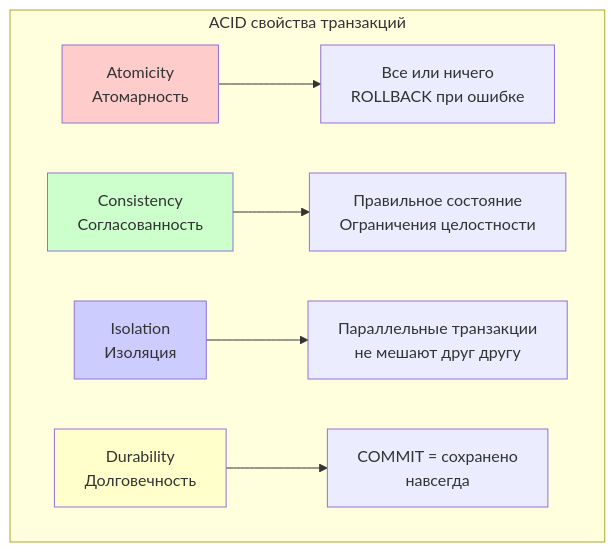
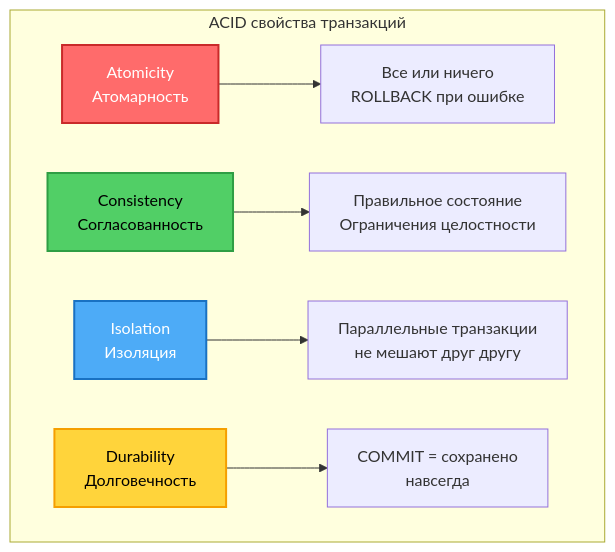
The eighth of 23 diagrams in db_exam.md (alx314vo/db_exam), drawn with Mermaid before and after one commit. The commit also changed other lines of this file, not shown here.

Commit message:
added diagrams

````diff
--- a/db_exam.md
+++ b/db_exam.md
@@ -371,14 +439,14 @@
 ```mermaid
 graph TB
     subgraph "ACID свойства транзакций"
         A[Atomicity<br/>Атомарность] --> A1[Все или ничего<br/>ROLLBACK при ошибке]
         C[Consistency<br/>Согласованность] --> C1[Правильное состояние<br/>Ограничения целостности]
         I[Isolation<br/>Изоляция] --> I1[Параллельные транзакции<br/>не мешают друг другу]
         D[Durability<br/>Долговечность] --> D1[COMMIT = сохранено<br/>навсегда]
     end
     
-    style A fill:#ffcccc
-    style C fill:#ccffcc
-    style I fill:#ccccff
-    style D fill:#ffffcc
+    style A fill:#ff6b6b,stroke:#c92a2a,stroke-width:2px,color:#fff
+    style C fill:#51cf66,stroke:#2f9e44,stroke-width:2px,color:#000
+    style I fill:#4dabf7,stroke:#1971c2,stroke-width:2px,color:#fff
+    style D fill:#ffd43b,stroke:#f59f00,stroke-width:2px,color:#000
 ```
````
